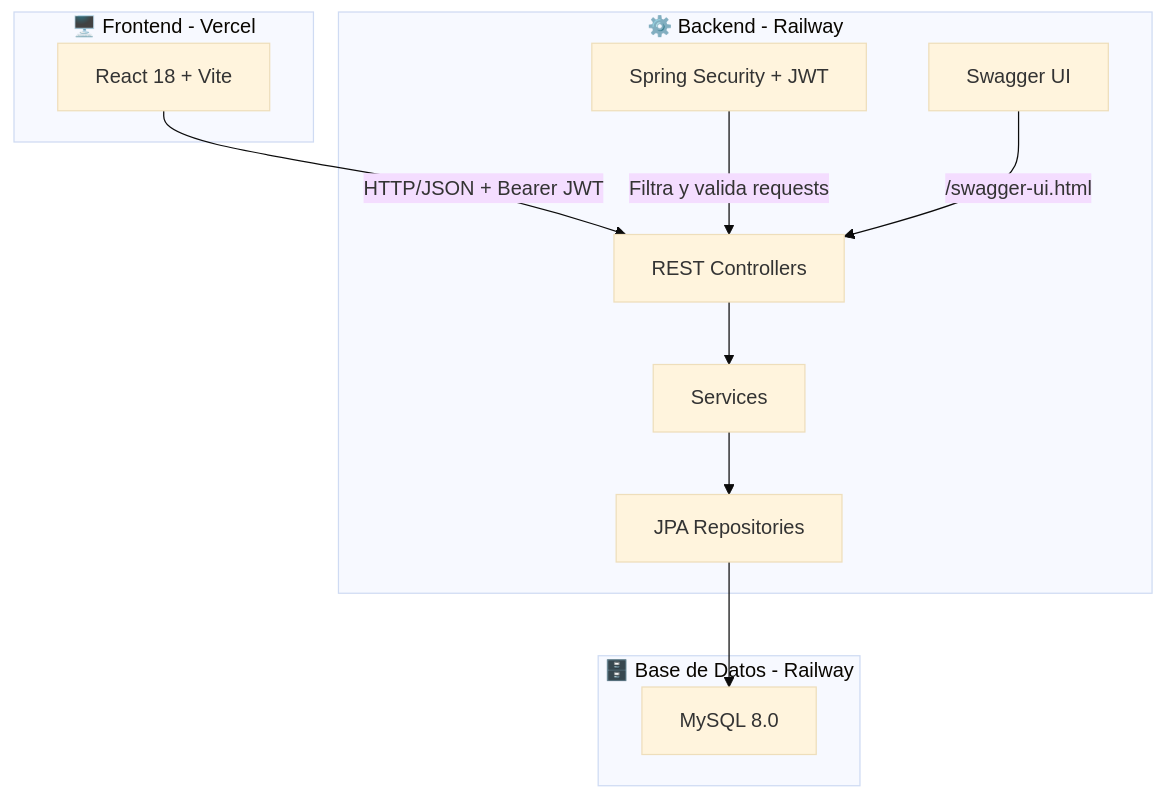
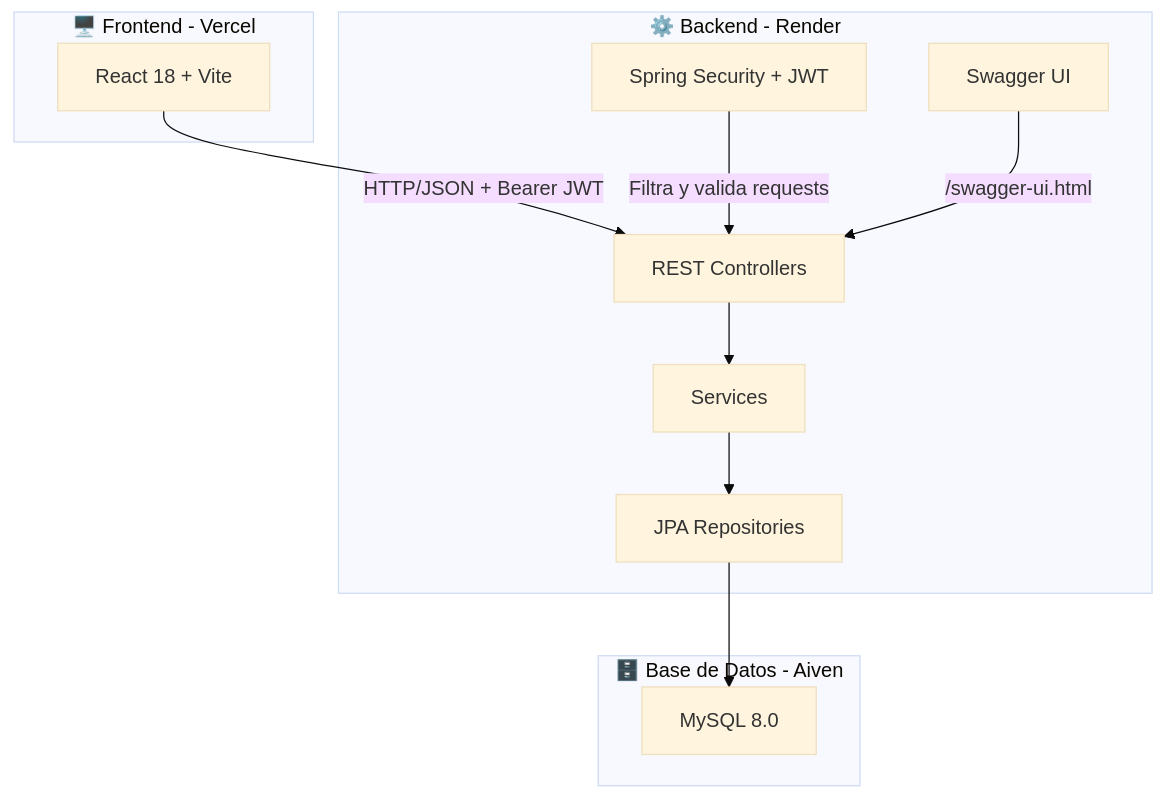
One commit to Alessandro-BS/Econexus-Backend changed the second of 2 diagrams in README.md. Above: the diagram before and after it, drawn with Mermaid (base theme). The commit also changed other lines of this file, not shown here.

````diff
--- a/README.md
+++ b/README.md
@@ -182,25 +183,25 @@
 ```mermaid
 graph TB
     subgraph Frontend["🖥️ Frontend - Vercel"]
         React["React 18 + Vite"]
     end
 
-    subgraph Backend["⚙️ Backend - Railway"]
+    subgraph Backend["⚙️ Backend - Render"]
         Controller["REST Controllers"]
         Service["Services"]
         Repository["JPA Repositories"]
         Security["Spring Security + JWT"]
         Swagger["Swagger UI"]
     end
 
-    subgraph Database["🗄️ Base de Datos - Railway"]
+    subgraph Database["🗄️ Base de Datos - Aiven"]
         MySQL["MySQL 8.0"]
     end
 
     React -->|"HTTP/JSON + Bearer JWT"| Controller
     Controller --> Service
     Service --> Repository
     Repository --> MySQL
     Security -->|"Filtra y valida requests"| Controller
     Swagger -->|"/swagger-ui.html"| Controller
 ```
````
